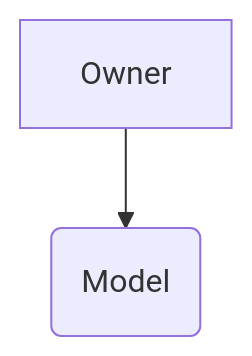
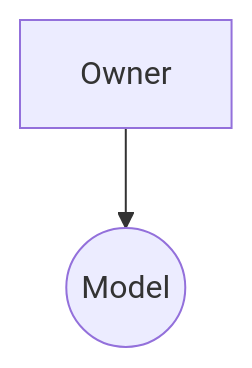
Before and after one commit to anhttmle/CAIO: the diagram in AI-Training/SecurityInAI.md, drawn with Mermaid.

````diff
--- a/AI-Training/SecurityInAI.md
+++ b/AI-Training/SecurityInAI.md
@@ -5,7 +5,7 @@
 ```mermaid
 
   graph TD
-  owner["Owner"] --> model("Model")
+  owner["Owner"] --> model(("Model"))
   
 
 ```
````
